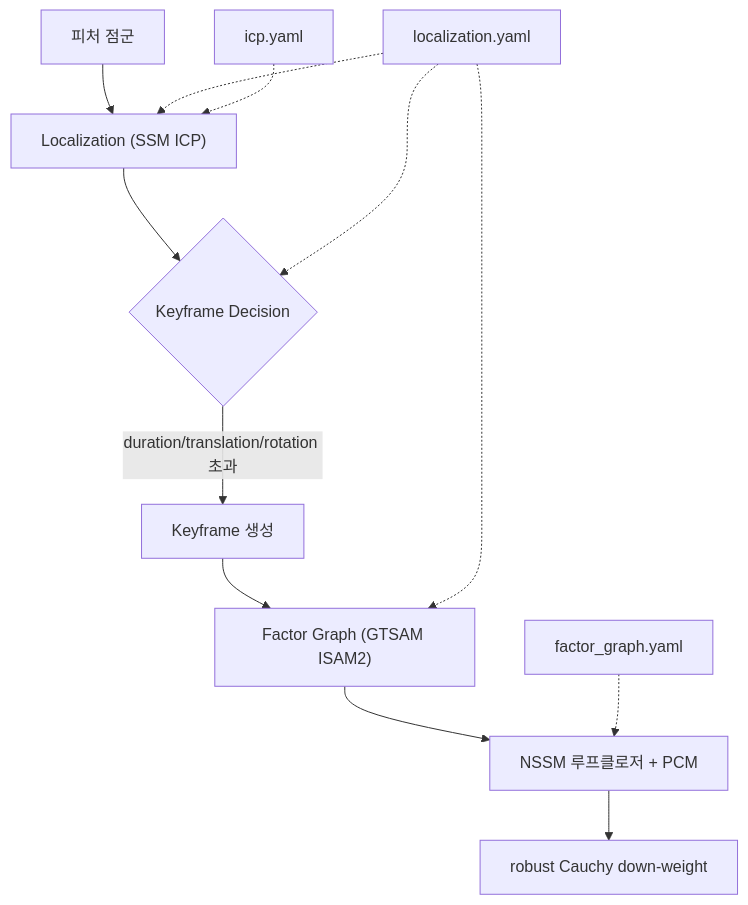
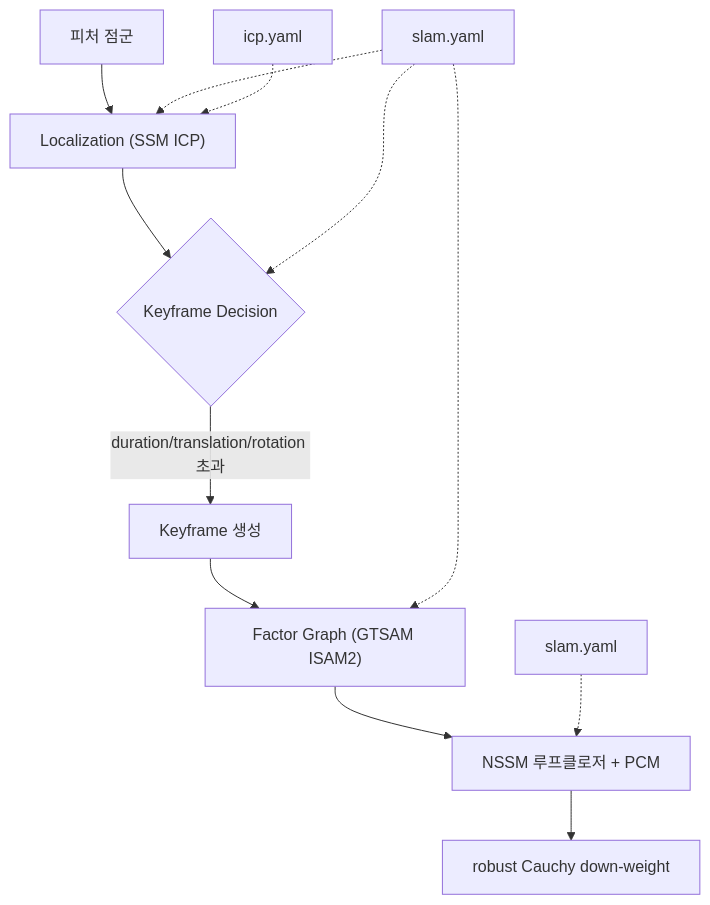
Before and after one commit to HERO-Lab-POSTECH/stonefish_slam: the diagram in docs/site/docs/parameters/localization-graph.md, drawn with Mermaid. The commit also changed other lines of this file and 12 other files, not shown here.

````diff
--- a/docs/site/docs/parameters/localization-graph.md
+++ b/docs/site/docs/parameters/localization-graph.md
@@ -7,14 +7,14 @@
 ```mermaid
 flowchart TD
     A["피처 점군"] --> B["Localization (SSM ICP)"]
     B --> C{"Keyframe Decision"}
     C -->|"duration/translation/rotation 초과"| D["Keyframe 생성"]
     D --> E["Factor Graph (GTSAM ISAM2)"]
     E --> F["NSSM 루프클로저 + PCM"]
     F --> G["robust Cauchy down-weight"]
-    L1["localization.yaml"] -.-> C
+    L1["slam.yaml"] -.-> C
     L1 -.-> B
     L1 -.-> E
-    L2["factor_graph.yaml"] -.-> F
+    L2["slam.yaml"] -.-> F
     L3["icp.yaml"] -.-> B
 ```
````
